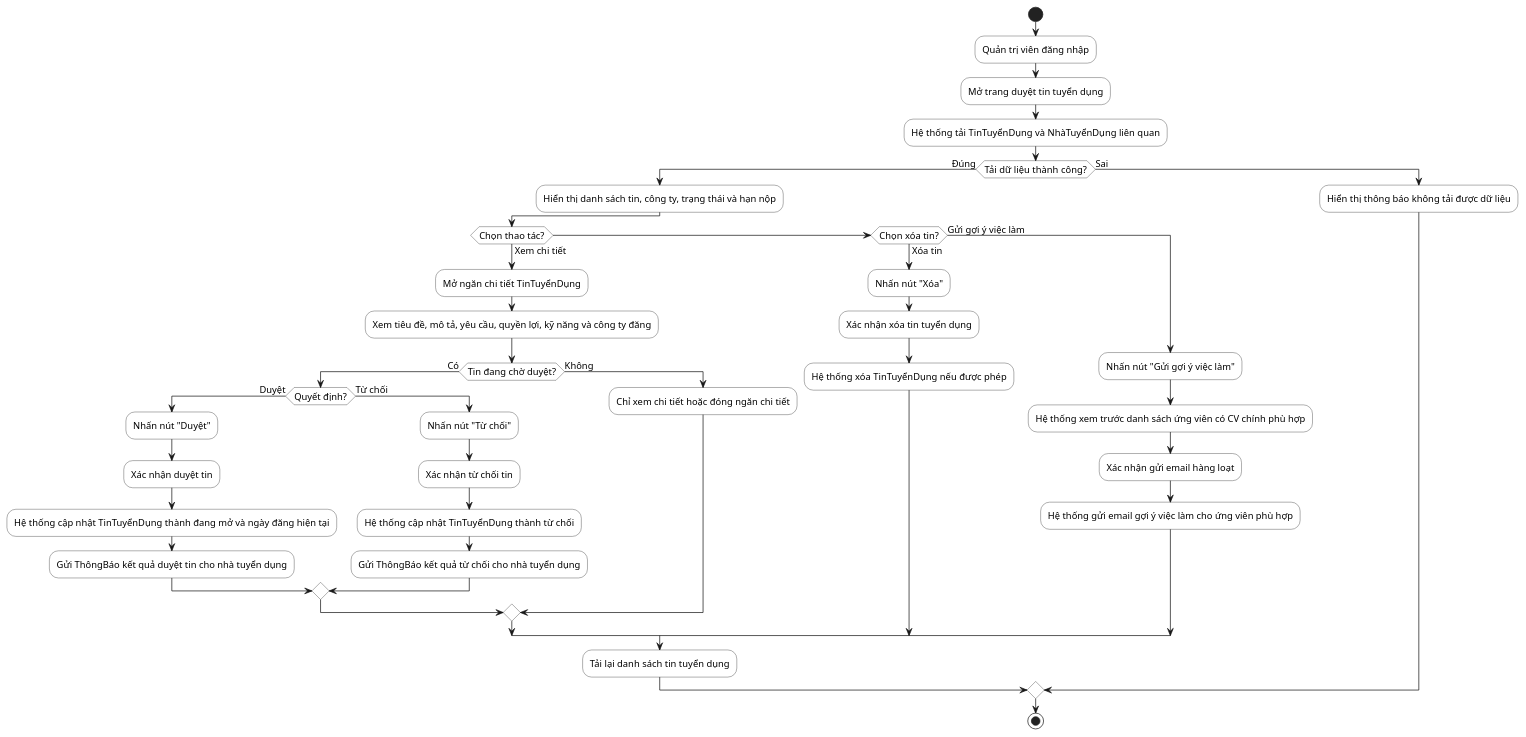
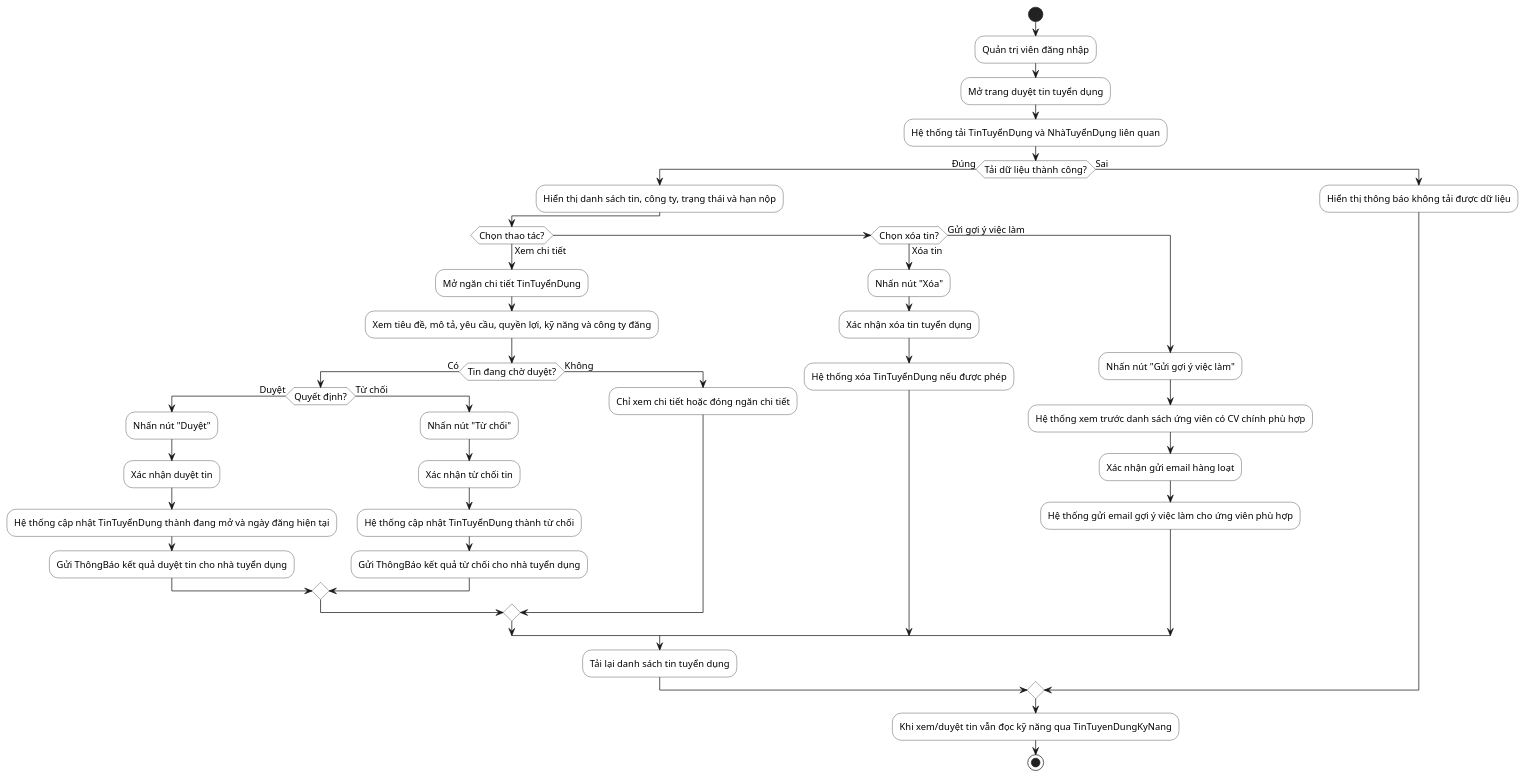
The diagram in docs/so-do/02-activity/22-activity-duyet-tin-tuyen-dung.puml (hole-six/DoAn), drawn with PlantUML before and after one commit. The commit also changed 66 other files, not shown here.

```diff
--- a/docs/so-do/02-activity/22-activity-duyet-tin-tuyen-dung.puml
+++ b/docs/so-do/02-activity/22-activity-duyet-tin-tuyen-dung.puml
@@ -1,52 +1,53 @@
 @startuml
 skinparam defaultFontName "Segoe UI"
 skinparam defaultFontSize 13
 skinparam shadowing false
 skinparam linetype ortho
 skinparam activity {
   BackgroundColor White
   BorderColor #222222
   DiamondBackgroundColor White
   DiamondBorderColor #222222
   BarColor #111111
 }
 start
 :Quản trị viên đăng nhập;
 :Mở trang duyệt tin tuyển dụng;
 :Hệ thống tải TinTuyểnDụng và NhàTuyểnDụng liên quan;
 if (Tải dữ liệu thành công?) then (Đúng)
   :Hiển thị danh sách tin, công ty, trạng thái và hạn nộp;
   if (Chọn thao tác?) then (Xem chi tiết)
     :Mở ngăn chi tiết TinTuyểnDụng;
     :Xem tiêu đề, mô tả, yêu cầu, quyền lợi, kỹ năng và công ty đăng;
     if (Tin đang chờ duyệt?) then (Có)
       if (Quyết định?) then (Duyệt)
         :Nhấn nút "Duyệt";
         :Xác nhận duyệt tin;
         :Hệ thống cập nhật TinTuyểnDụng thành đang mở và ngày đăng hiện tại;
         :Gửi ThôngBáo kết quả duyệt tin cho nhà tuyển dụng;
       else (Từ chối)
         :Nhấn nút "Từ chối";
         :Xác nhận từ chối tin;
         :Hệ thống cập nhật TinTuyểnDụng thành từ chối;
         :Gửi ThôngBáo kết quả từ chối cho nhà tuyển dụng;
       endif
     else (Không)
       :Chỉ xem chi tiết hoặc đóng ngăn chi tiết;
     endif
   elseif (Chọn xóa tin?) then (Xóa tin)
     :Nhấn nút "Xóa";
     :Xác nhận xóa tin tuyển dụng;
     :Hệ thống xóa TinTuyểnDụng nếu được phép;
   else (Gửi gợi ý việc làm)
     :Nhấn nút "Gửi gợi ý việc làm";
     :Hệ thống xem trước danh sách ứng viên có CV chính phù hợp;
     :Xác nhận gửi email hàng loạt;
     :Hệ thống gửi email gợi ý việc làm cho ứng viên phù hợp;
   endif
   :Tải lại danh sách tin tuyển dụng;
 else (Sai)
   :Hiển thị thông báo không tải được dữ liệu;
 endif
+:Khi xem/duyệt tin vẫn đọc kỹ năng qua TinTuyenDungKyNang;
 stop
 @enduml
```
